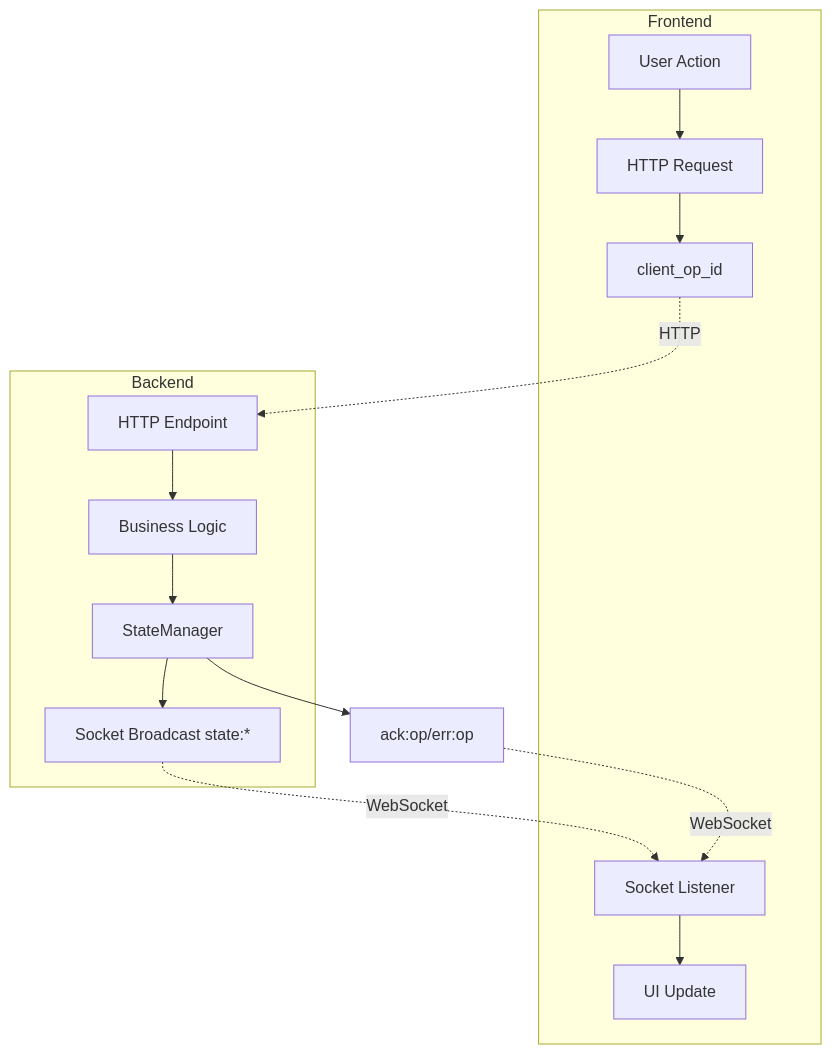
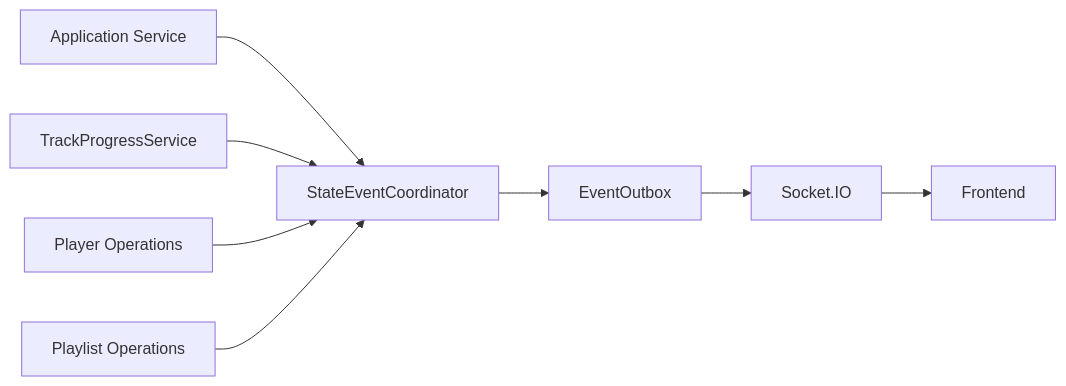
One commit to The-Open-Music-Box/theopenmusicbox changed the third of 6 diagrams in documentation/api-socketio-communication.md. Above: the diagram before and after it, drawn with Mermaid. The commit also changed other lines of this file and 7 other files, not shown here.

First line of the commit message:
docs(project): add DDD architecture documentation

````diff
--- a/documentation/api-socketio-communication.md
+++ b/documentation/api-socketio-communication.md
@@ -522,19 +427,11 @@
 ```mermaid
-graph TB
-    subgraph Frontend
-        A[User Action] --> B[HTTP Request]
-        B --> C[client_op_id]
-        D[Socket Listener] --> E[UI Update]
-    end
+graph LR
+    A[Application Service] --> B[StateEventCoordinator]
+    B --> C[EventOutbox]
+    C --> D[Socket.IO]
+    D --> E[Frontend]
 
-    subgraph Backend
-        F[HTTP Endpoint] --> G[Business Logic]
-        G --> H[StateManager]
-    H --> I[Socket Broadcast state:*]
-    end
-
-    C -.->|HTTP| F
-    I -.->|WebSocket| D
-    H --> J[ack:op/err:op]
-    J -.->|WebSocket| D
+    F[TrackProgressService] --> B
+    G[Player Operations] --> B
+    H[Playlist Operations] --> B
 ```
````
